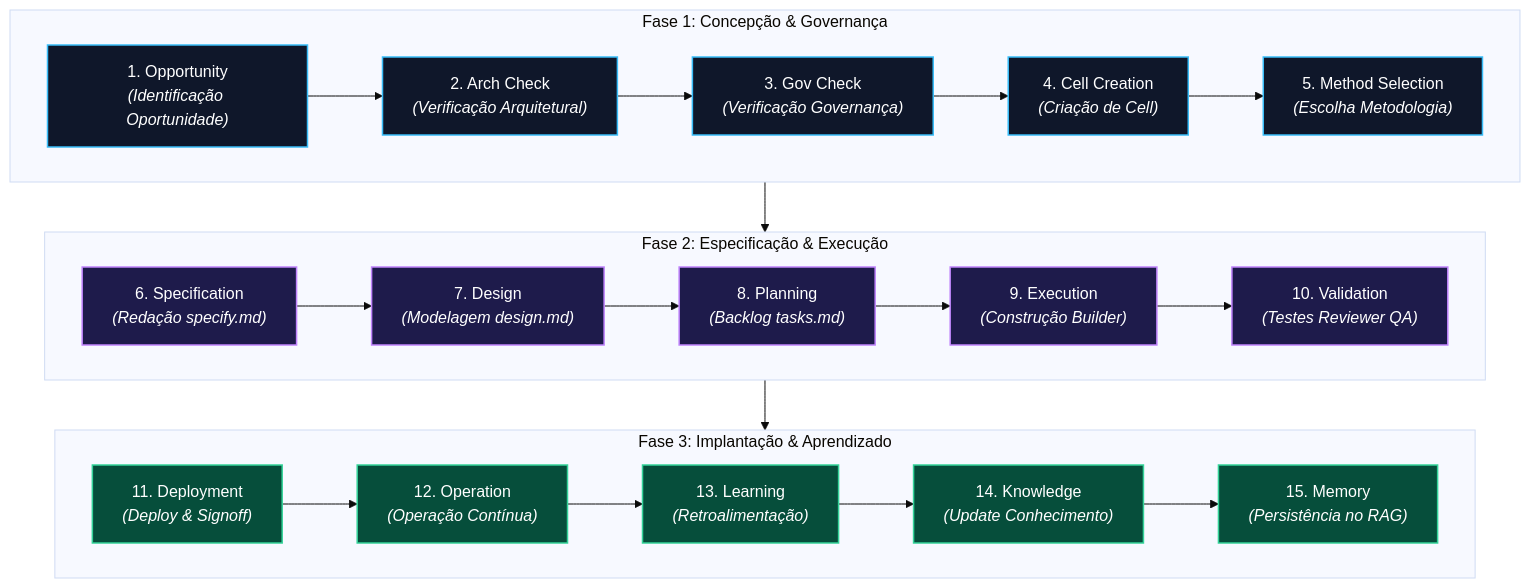
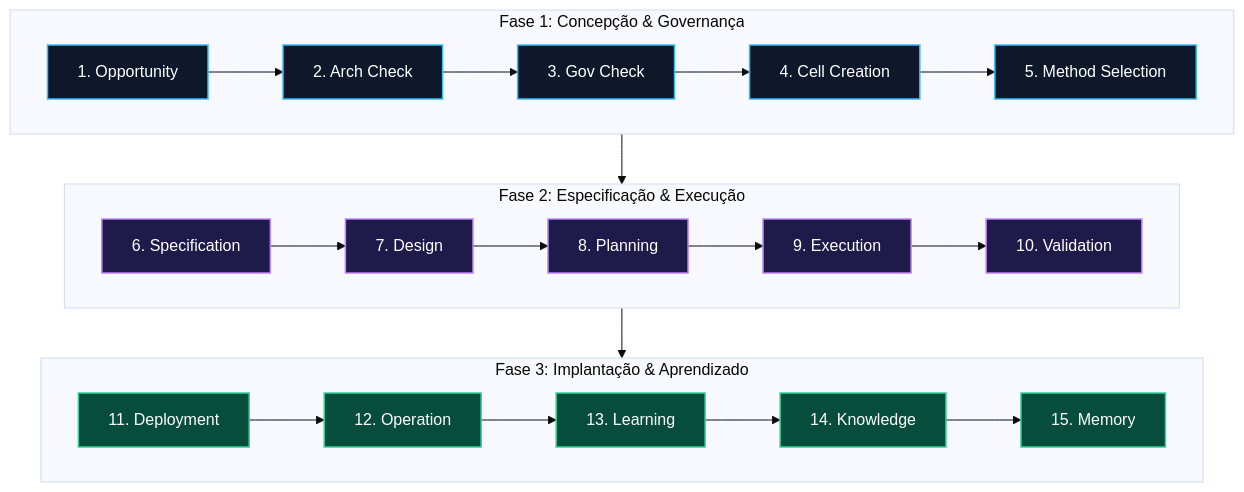
The fifth of 5 diagrams in governance/operating-model.md (EnterDufter/PromptCoreLabs_AEOS), drawn with Mermaid (base theme) before and after one commit. The commit also changed other lines of this file and 1 other file, not shown here.

Commit message:
fix(standardization): padroniza proporcao visual e tamanho de fontes de 100% dos diagramas (4-5 nos/linha, max-height 280px no PDF)

````diff
--- a/governance/operating-model.md
+++ b/governance/operating-model.md
@@ -351,35 +354,23 @@
 ```mermaid
 graph TD
     classDef phase1 fill:#0f172a,stroke:#38bdf8,stroke-width:1.5px,color:#fff;
     classDef phase2 fill:#1e1b4b,stroke:#c084fc,stroke-width:1.5px,color:#fff;
     classDef phase3 fill:#064e3b,stroke:#34d399,stroke-width:1.5px,color:#fff;
 
     subgraph P1["Fase 1: Concepção & Governança"]
-        O["1. Opportunity<br/><i>(Identificação Oportunidade)</i>"]:::phase1
-        AC["2. Arch Check<br/><i>(Verificação Arquitetural)</i>"]:::phase1
-        GC["3. Gov Check<br/><i>(Verificação Governança)</i>"]:::phase1
-        ECC["4. Cell Creation<br/><i>(Criação de Cell)</i>"]:::phase1
-        MS["5. Method Selection<br/><i>(Escolha Metodologia)</i>"]:::phase1
-        O --> AC --> GC --> ECC --> MS
+        direction LR
+        O["1. Opportunity"]:::phase1 --> AC["2. Arch Check"]:::phase1 --> GC["3. Gov Check"]:::phase1 --> ECC["4. Cell Creation"]:::phase1 --> MS["5. Method Selection"]:::phase1
     end
 
     subgraph P2["Fase 2: Especificação & Execução"]
-        SP["6. Specification<br/><i>(Redação specify.md)</i>"]:::phase2
-        DS["7. Design<br/><i>(Modelagem design.md)</i>"]:::phase2
-        PL["8. Planning<br/><i>(Backlog tasks.md)</i>"]:::phase2
-        EX["9. Execution<br/><i>(Construção Builder)</i>"]:::phase2
-        VA["10. Validation<br/><i>(Testes Reviewer QA)</i>"]:::phase2
-        SP --> DS --> PL --> EX --> VA
+        direction LR
+        SP["6. Specification"]:::phase2 --> DS["7. Design"]:::phase2 --> PL["8. Planning"]:::phase2 --> EX["9. Execution"]:::phase2 --> VA["10. Validation"]:::phase2
     end
 
     subgraph P3["Fase 3: Implantação & Aprendizado"]
-        DP["11. Deployment<br/><i>(Deploy & Signoff)</i>"]:::phase3
-        OP["12. Operation<br/><i>(Operação Contínua)</i>"]:::phase3
-        LE["13. Learning<br/><i>(Retroalimentação)</i>"]:::phase3
-        KU["14. Knowledge<br/><i>(Update Conhecimento)</i>"]:::phase3
-        MU["15. Memory<br/><i>(Persistência no RAG)</i>"]:::phase3
-        DP --> OP --> LE --> KU --> MU
+        direction LR
+        DP["11. Deployment"]:::phase3 --> OP["12. Operation"]:::phase3 --> LE["13. Learning"]:::phase3 --> KU["14. Knowledge"]:::phase3 --> MU["15. Memory"]:::phase3
     end
 
     P1 --> P2 --> P3
 ```
````
